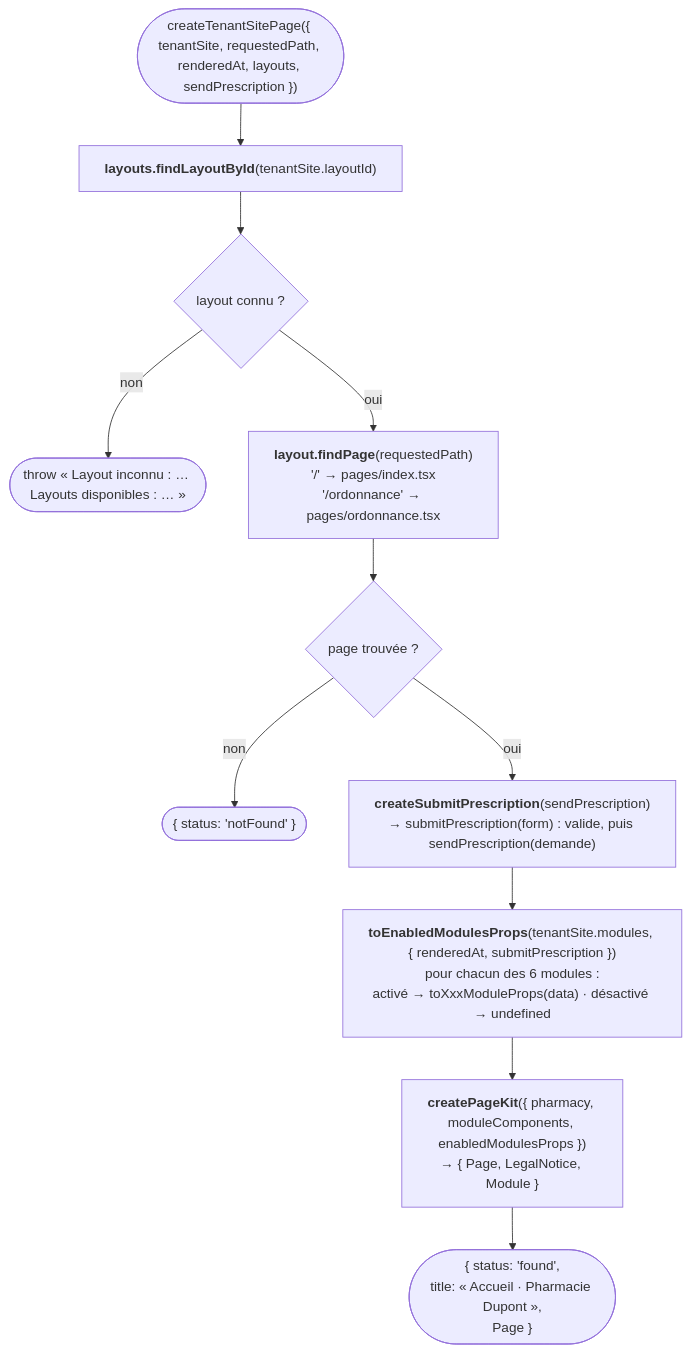
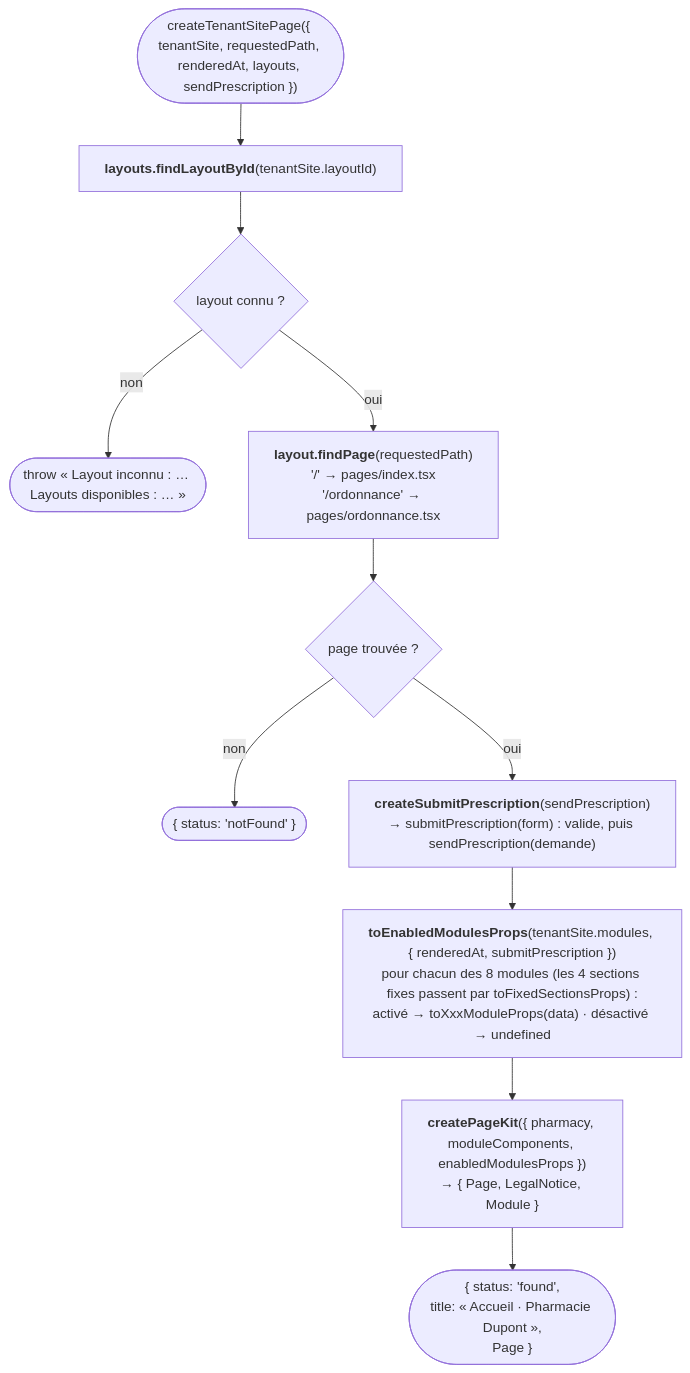
The fourth of 8 diagrams in app/engine/docs/fonctionnement-complet.md (BastienGRNT/crystal_pharm), drawn with Mermaid before and after one commit. The commit also changed other lines of this file and 169 other files, not shown here.

First line of the commit message:
feat(schema): sections fixes, modules placés et images personnalisables

````diff
--- a/app/engine/docs/fonctionnement-complet.md
+++ b/app/engine/docs/fonctionnement-complet.md
@@ -131,15 +131,15 @@
 ```mermaid
 flowchart TD
     start(["createTenantSitePage({ tenantSite, requestedPath, renderedAt, layouts, sendPrescription })"]) --> findLayout
 
     findLayout["<b>layouts.findLayoutById</b>(tenantSite.layoutId)"]
     findLayout --> layoutKnown{"layout connu ?"}
     layoutKnown -- non --> layoutError(["throw « Layout inconnu : … Layouts disponibles : … »"])
     layoutKnown -- oui --> findPage["<b>layout.findPage</b>(requestedPath)<br/>'/' → pages/index.tsx<br/>'/ordonnance' → pages/ordonnance.tsx"]
     findPage --> pageFound{"page trouvée ?"}
     pageFound -- non --> notFound(["{ status: 'notFound' }"])
     pageFound -- oui --> submit["<b>createSubmitPrescription</b>(sendPrescription)<br/>→ submitPrescription(form) : valide, puis sendPrescription(demande)"]
-    submit --> props["<b>toEnabledModulesProps</b>(tenantSite.modules, { renderedAt, submitPrescription })<br/>pour chacun des 6 modules :<br/>activé → toXxxModuleProps(data) · désactivé → undefined"]
+    submit --> props["<b>toEnabledModulesProps</b>(tenantSite.modules, { renderedAt, submitPrescription })<br/>pour chacun des 8 modules (les 4 sections fixes passent par toFixedSectionsProps) :<br/>activé → toXxxModuleProps(data) · désactivé → undefined"]
     props --> kit["<b>createPageKit</b>({ pharmacy, moduleComponents, enabledModulesProps })<br/>→ { Page, LegalNotice, Module }"]
     kit --> result(["{ status: 'found',<br/>title: « Accueil · Pharmacie Dupont »,<br/>Page }"])
 ```
````
